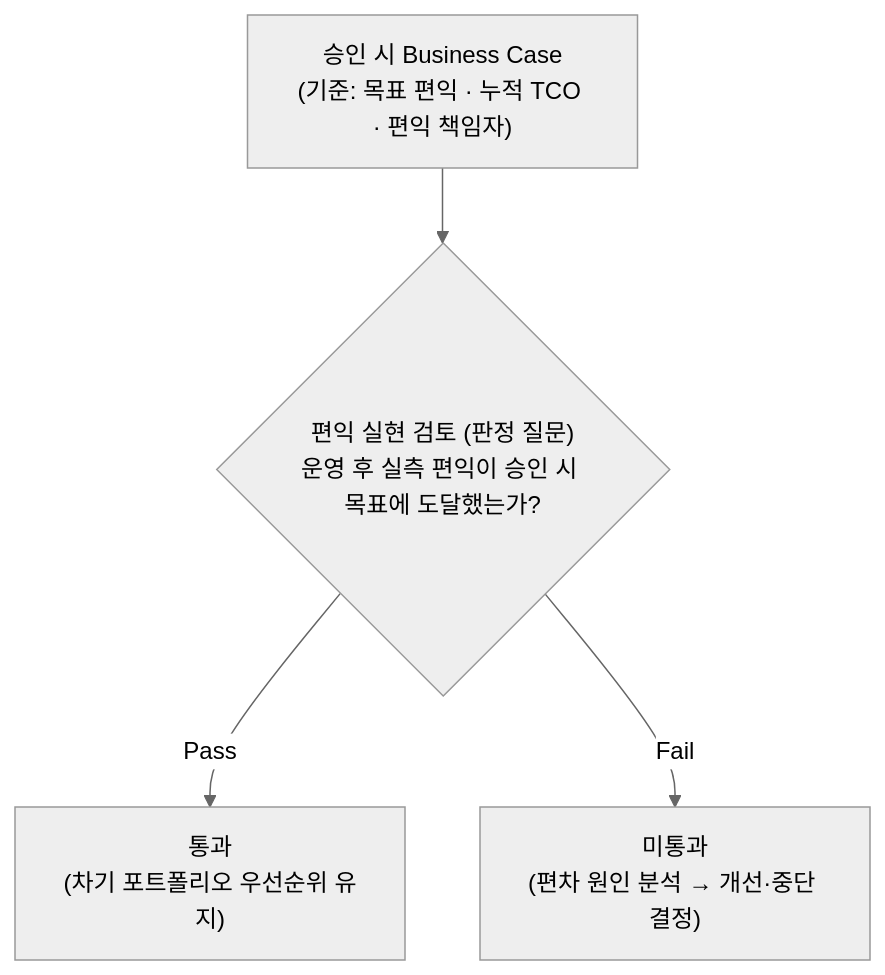
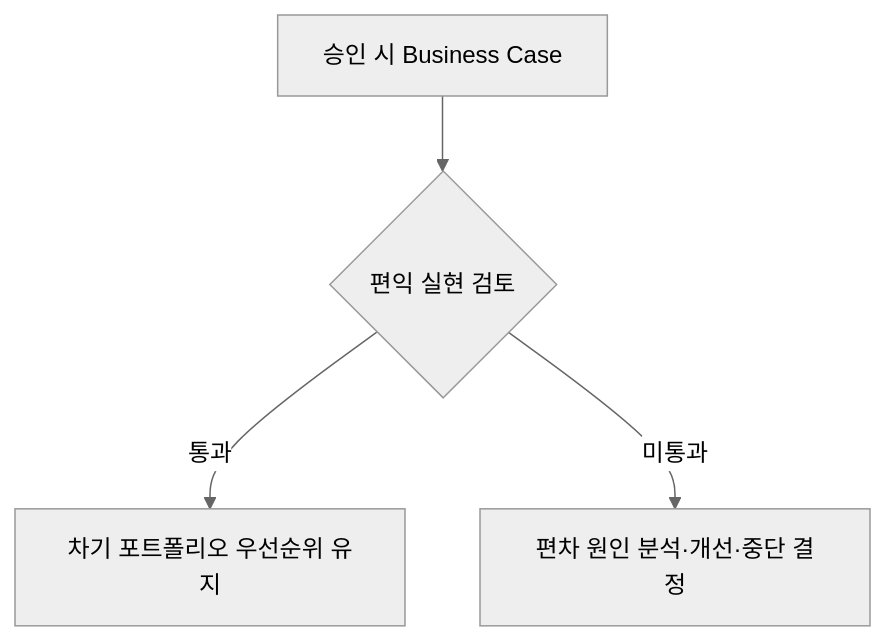
Before and after one commit to agnusdei1207/study: the fourth of 5 diagrams in src/content/docs/notes/itpe/01-it-strategy/016_it_investment_evaluation.md, drawn with Mermaid (neutral theme). The commit also changed other lines of this file and 19 other files, not shown here.

````diff
--- a/src/content/docs/notes/itpe/01-it-strategy/016_it_investment_evaluation.md
+++ b/src/content/docs/notes/itpe/01-it-strategy/016_it_investment_evaluation.md
@@ -117,6 +124,6 @@
 ```mermaid
 flowchart TD
-    BC["승인 시 Business Case<br/>(기준: 목표 편익 · 누적 TCO · 편익 책임자)"] --> QG{"편익 실현 검토 (판정 질문)<br/>운영 후 실측 편익이 승인 시 목표에 도달했는가?"}
-    QG -->|Pass| PASS["통과<br/>(차기 포트폴리오 우선순위 유지)"]
-    QG -->|Fail| FAIL["미통과<br/>(편차 원인 분석 → 개선·중단 결정)"]
+    BC["승인 시 Business Case"] --> QG{"편익 실현 검토"}
+    QG -->|통과| PASS["차기 포트폴리오 우선순위 유지"]
+    QG -->|미통과| FAIL["편차 원인 분석·개선·중단 결정"]
 ```
````
